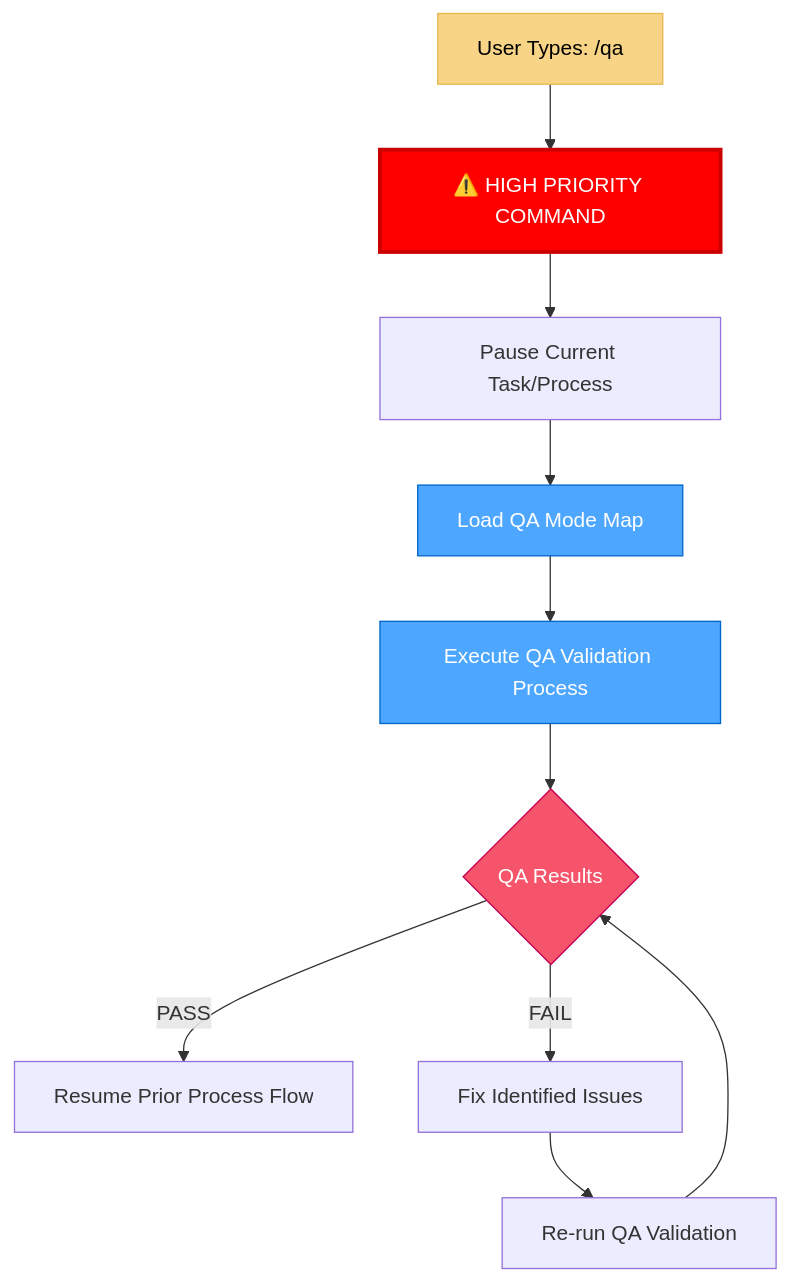
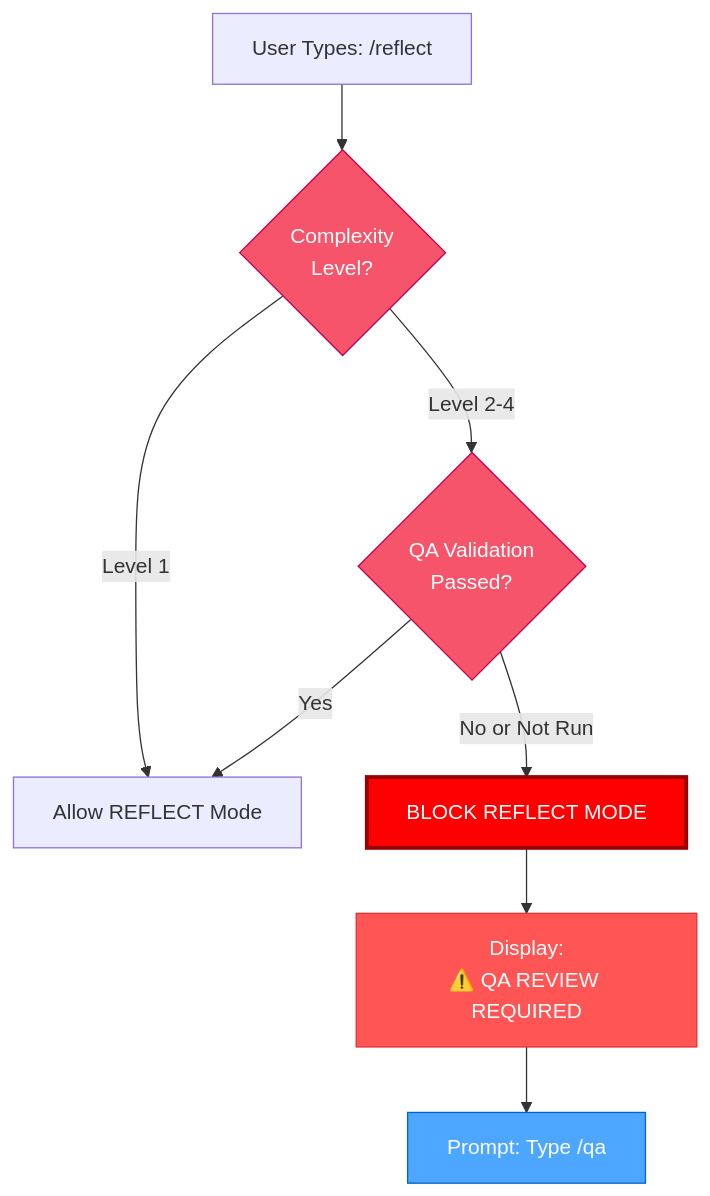
The seventh of 7 diagrams in rulesets/niko/niko/visual-maps/van_mode_split/van-mode-map.mdc (Texarkanine/.cursor-rules), drawn with Mermaid before and after one commit. The commit also changed other lines of this file and 22 other files, not shown here.

````diff
--- a/rulesets/niko/niko/visual-maps/van_mode_split/van-mode-map.mdc
+++ b/rulesets/niko/niko/visual-maps/van_mode_split/van-mode-map.mdc
@@ -265,19 +228,16 @@
 ```mermaid
 graph TD
-    UserQA["User Types: /qa"] --> HighPriority["⚠️ HIGH PRIORITY COMMAND"]
-    HighPriority --> CurrentTask["Pause Current Task/Process"]
-    CurrentTask --> LoadQA["Load QA Mode Map"]
-    LoadQA --> RunQA["Execute QA Validation Process"]
-    RunQA --> QAResults{"QA Results"}
-    
-    QAResults -->|"PASS"| ResumeFlow["Resume Prior Process Flow"]
-    QAResults -->|"FAIL"| FixIssues["Fix Identified Issues"]
-    FixIssues --> ReRunQA["Re-run QA Validation"]
-    ReRunQA --> QAResults
-    
-    style UserQA fill:#f8d486,stroke:#e8b84d,color:black
-    style HighPriority fill:#ff0000,stroke:#cc0000,color:white,stroke-width:3px
-    style LoadQA fill:#4da6ff,stroke:#0066cc,color:white
-    style RunQA fill:#4da6ff,stroke:#0066cc,color:white
-    style QAResults fill:#f6546a,stroke:#c30052,color:white
+    Start["User Types: /reflect"] --> CheckLevel{"Complexity<br>Level?"}
+    CheckLevel -->|"Level 1"| AllowReflect["Allow REFLECT Mode"]
+    CheckLevel -->|"Level 2-4"| CheckQA{"QA Validation<br>Passed?"}
+    CheckQA -->|"Yes"| AllowReflect
+    CheckQA -->|"No or Not Run"| BlockReflect["BLOCK REFLECT MODE"]
+    BlockReflect --> Message["Display:<br>⚠️ QA REVIEW REQUIRED"]
+    Message --> ReturnToQA["Prompt: Type /qa"]
+
+    style CheckLevel fill:#f6546a,stroke:#c30052,color:white
+    style CheckQA fill:#f6546a,stroke:#c30052,color:white
+    style BlockReflect fill:#ff0000,stroke:#990000,color:white,stroke-width:3px
+    style Message fill:#ff5555,stroke:#dd3333,color:white
+    style ReturnToQA fill:#4da6ff,stroke:#0066cc,color:white
 ```
````
